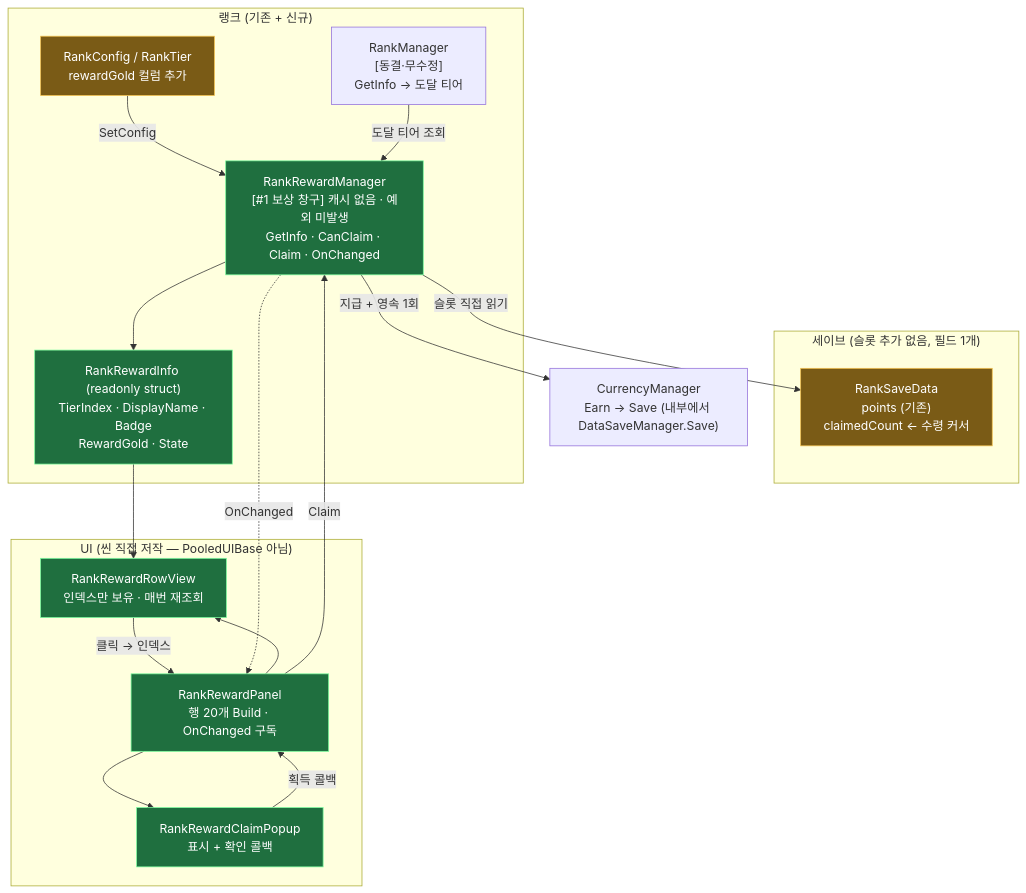
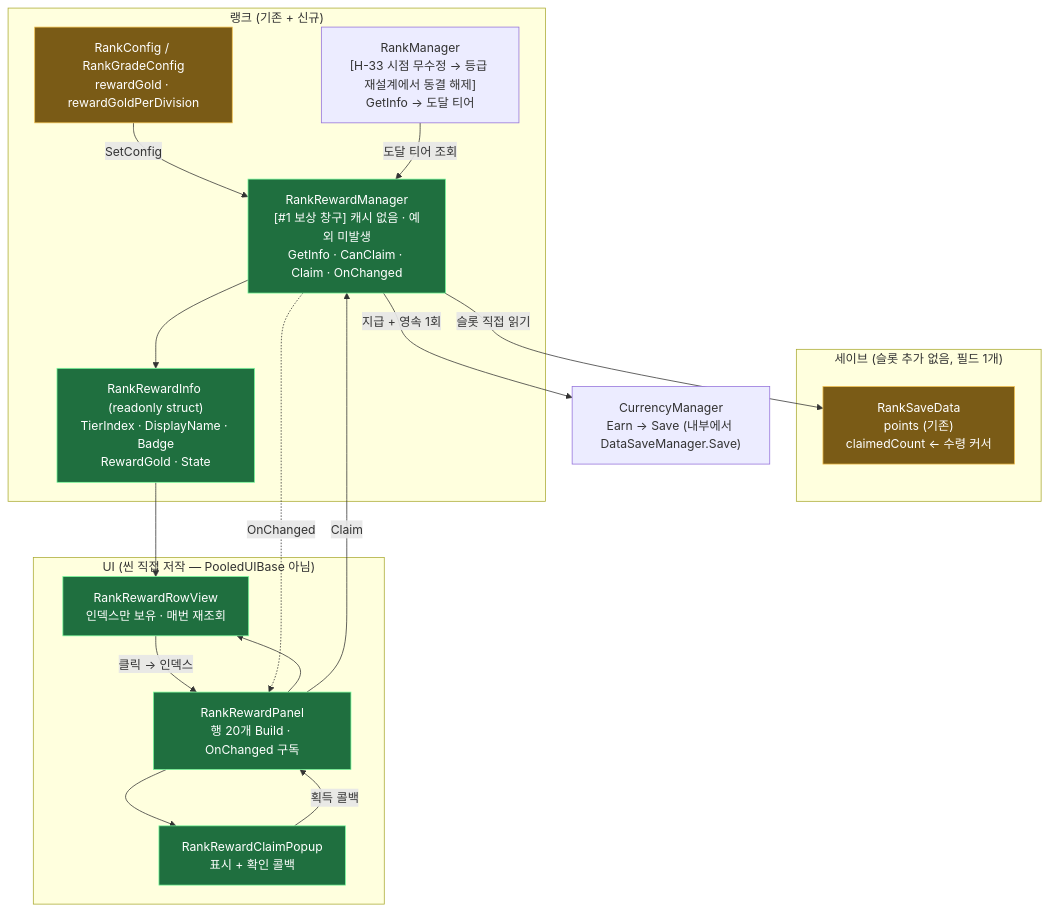
Before and after one commit to hspark-maker/TeamfightTCG_Migriation: diagram 18 of 18 in docs/OutGamePlan/STRUCTURE.md, drawn with Mermaid. The commit also changed other lines of this file and 10 other files, not shown here.

````diff
--- a/docs/OutGamePlan/STRUCTURE.md
+++ b/docs/OutGamePlan/STRUCTURE.md
@@ -954,37 +957,37 @@
 ```mermaid
 flowchart TD
     subgraph save["세이브 (슬롯 추가 없음, 필드 1개)"]
         RSD["RankSaveData<br/>points (기존)<br/>claimedCount ← 수령 커서"]:::chg
     end
 
     subgraph rank["랭크 (기존 + 신규)"]
-        CFG["RankConfig / RankTier<br/>rewardGold 컬럼 추가"]:::chg
-        MGR["RankManager<br/>[동결·무수정]<br/>GetInfo → 도달 티어"]
+        CFG["RankConfig / RankGradeConfig<br/>rewardGold · rewardGoldPerDivision"]:::chg
+        MGR["RankManager<br/>[H-33 시점 무수정 → 등급 재설계에서 동결 해제]<br/>GetInfo → 도달 티어"]
         RMGR["RankRewardManager<br/>[#1 보상 창구] 캐시 없음 · 예외 미발생<br/>GetInfo · CanClaim · Claim · OnChanged"]:::new
         INFO["RankRewardInfo (readonly struct)<br/>TierIndex · DisplayName · Badge<br/>RewardGold · State"]:::new
     end
 
     subgraph ui["UI (씬 직접 저작 — PooledUIBase 아님)"]
         PANEL["RankRewardPanel<br/>행 20개 Build · OnChanged 구독"]:::new
         ROW["RankRewardRowView<br/>인덱스만 보유 · 매번 재조회"]:::new
         POP["RankRewardClaimPopup<br/>표시 + 확인 콜백"]:::new
     end
 
     CUR["CurrencyManager<br/>Earn → Save (내부에서 DataSaveManager.Save)"]
 
     RMGR -->|"슬롯 직접 읽기"| RSD
     CFG -->|SetConfig| RMGR
     MGR -->|"도달 티어 조회"| RMGR
     RMGR --> INFO
     INFO --> ROW
     PANEL --> ROW
     ROW -->|"클릭 → 인덱스"| PANEL
     PANEL --> POP
     POP -->|"획득 콜백"| PANEL
     PANEL -->|Claim| RMGR
     RMGR -->|"지급 + 영속 1회"| CUR
     RMGR -.->|OnChanged| PANEL
 
     classDef new fill:#1f6f3f,stroke:#7CFC9E,color:#fff;
     classDef chg fill:#7a5b16,stroke:#f2c14e,color:#fff;
 ```
````
